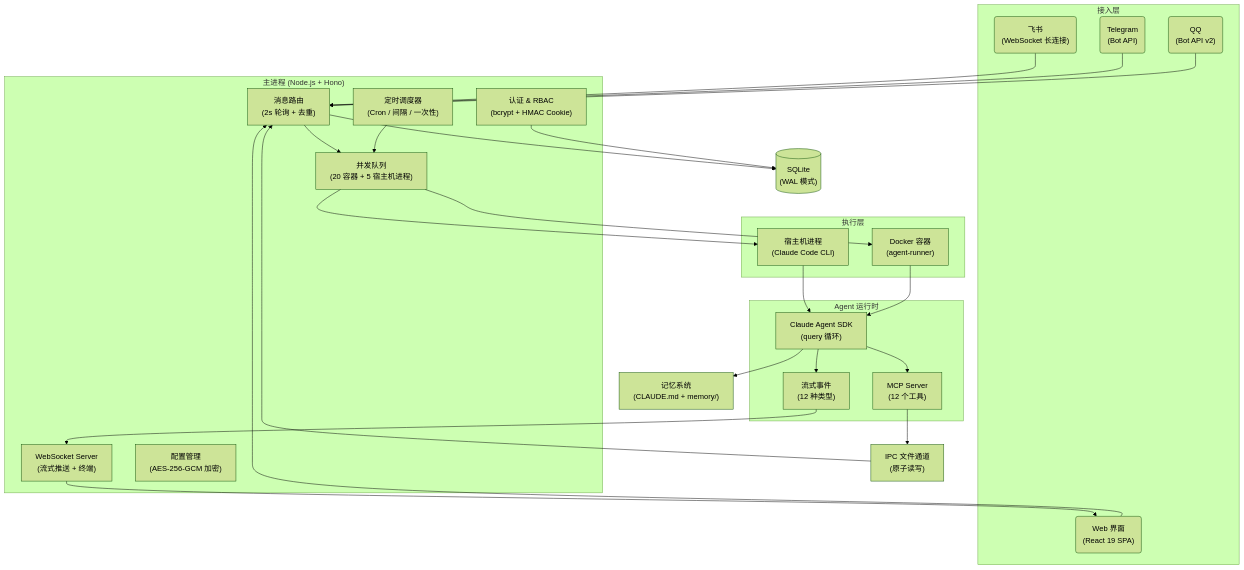
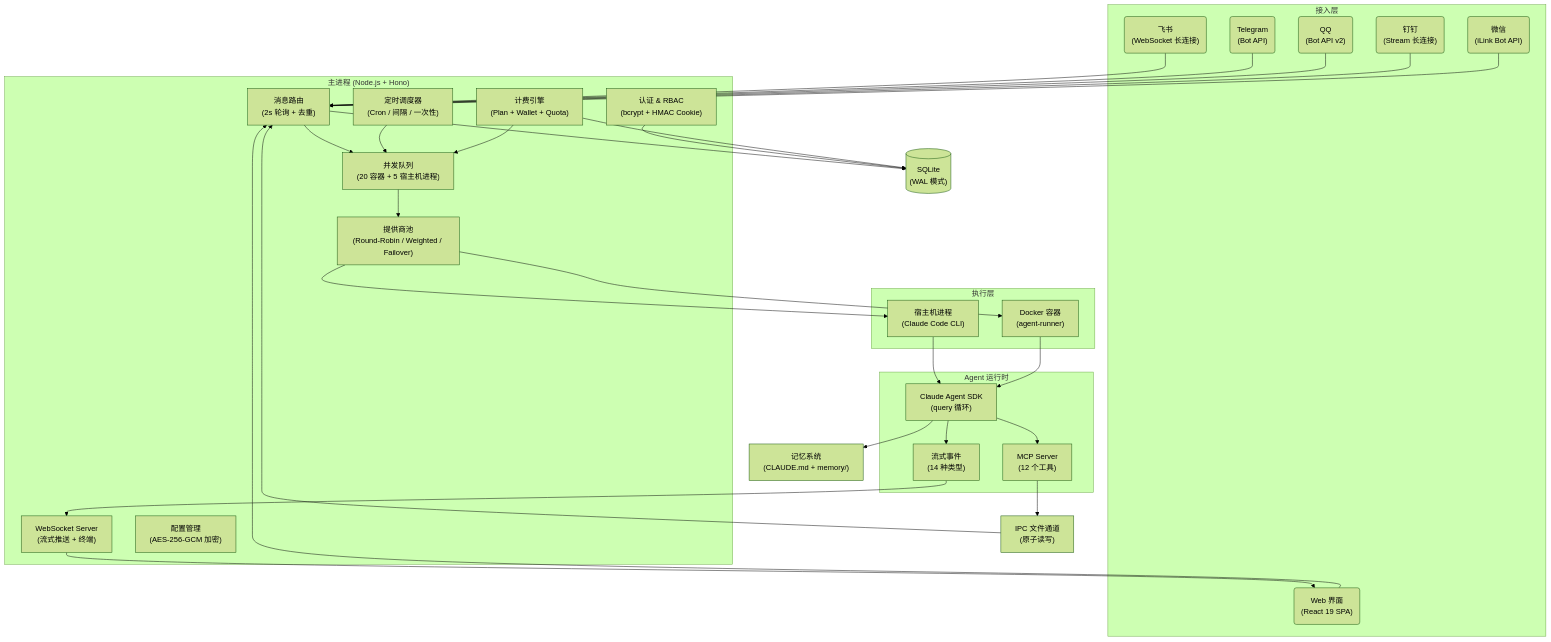
Before and after one commit to rome-xi/happyclaw: the diagram in README.md, drawn with Mermaid (forest theme). The commit also changed other lines of this file, not shown here.

````diff
--- a/README.md
+++ b/README.md
@@ -356,66 +471,75 @@
 ```mermaid
 flowchart TD
     subgraph 接入层
         Feishu("飞书<br/>(WebSocket 长连接)")
         Telegram("Telegram<br/>(Bot API)")
         QQ("QQ<br/>(Bot API v2)")
+        DingTalk("钉钉<br/>(Stream 长连接)")
+        WeChat("微信<br/>(iLink Bot API)")
         Web("Web 界面<br/>(React 19 SPA)")
     end
 
     subgraph 主进程["主进程 (Node.js + Hono)"]
         Router["消息路由<br/>(2s 轮询 + 去重)"]
         Queue["并发队列<br/>(20 容器 + 5 宿主机进程)"]
         Scheduler["定时调度器<br/>(Cron / 间隔 / 一次性)"]
         WS["WebSocket Server<br/>(流式推送 + 终端)"]
         Auth["认证 & RBAC<br/>(bcrypt + HMAC Cookie)"]
         Config["配置管理<br/>(AES-256-GCM 加密)"]
+        ProviderPool["提供商池<br/>(Round-Robin / Weighted / Failover)"]
+        Billing["计费引擎<br/>(Plan + Wallet + Quota)"]
     end
 
     subgraph 执行层
         Host["宿主机进程<br/>(Claude Code CLI)"]
         Container["Docker 容器<br/>(agent-runner)"]
     end
 
     subgraph Agent["Agent 运行时"]
         SDK["Claude Agent SDK<br/>(query 循环)"]
         MCP["MCP Server<br/>(12 个工具)"]
-        Stream["流式事件<br/>(12 种类型)"]
+        Stream["流式事件<br/>(14 种类型)"]
     end
 
     DB[("SQLite<br/>(WAL 模式)")]
     IPC["IPC 文件通道<br/>(原子读写)"]
     Memory["记忆系统<br/>(CLAUDE.md + memory/)"]
 
     Feishu --> Router
     Telegram --> Router
     QQ --> Router
+    DingTalk --> Router
+    WeChat --> Router
     Web --> Router
 
     Router --> Queue
-    Queue --> Host
-    Queue --> Container
+    Queue --> ProviderPool
+    ProviderPool --> Host
+    ProviderPool --> Container
     Scheduler --> Queue
+    Billing --> Queue
 
     Host --> SDK
     Container --> SDK
     SDK --> MCP
     SDK --> Stream
 
     MCP --> IPC
     IPC --> Router
 
     Stream --> WS
     WS --> Web
 
     Router --> DB
     Auth --> DB
+    Billing --> DB
     SDK --> Memory
 
-    class Feishu,Telegram,QQ,Web fe
-    class Router,Queue,Scheduler,WS,Auth,Config svc
+    class Feishu,Telegram,QQ,DingTalk,WeChat,Web fe
+    class Router,Queue,Scheduler,WS,Auth,Config,ProviderPool,Billing svc
     class DB db
     class Host,Container faas
     class SDK,MCP,Stream faas
     class IPC cfg
     class Memory cfg
 ```
````
